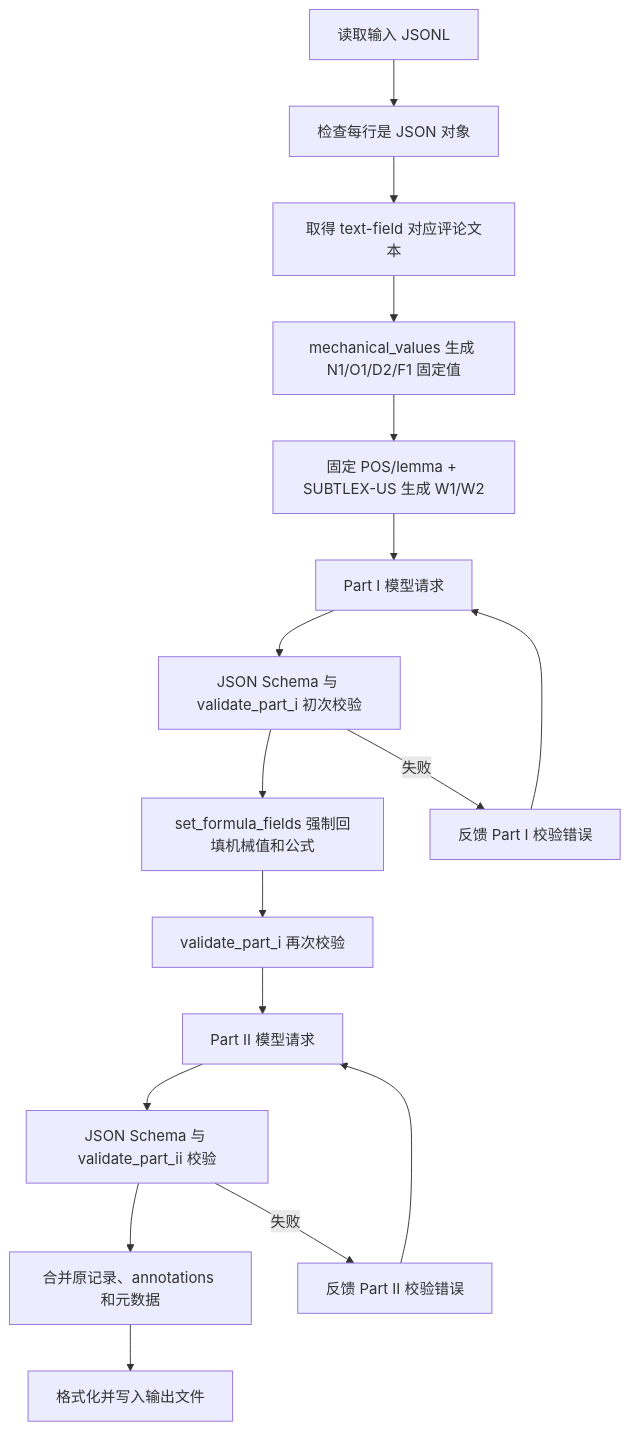
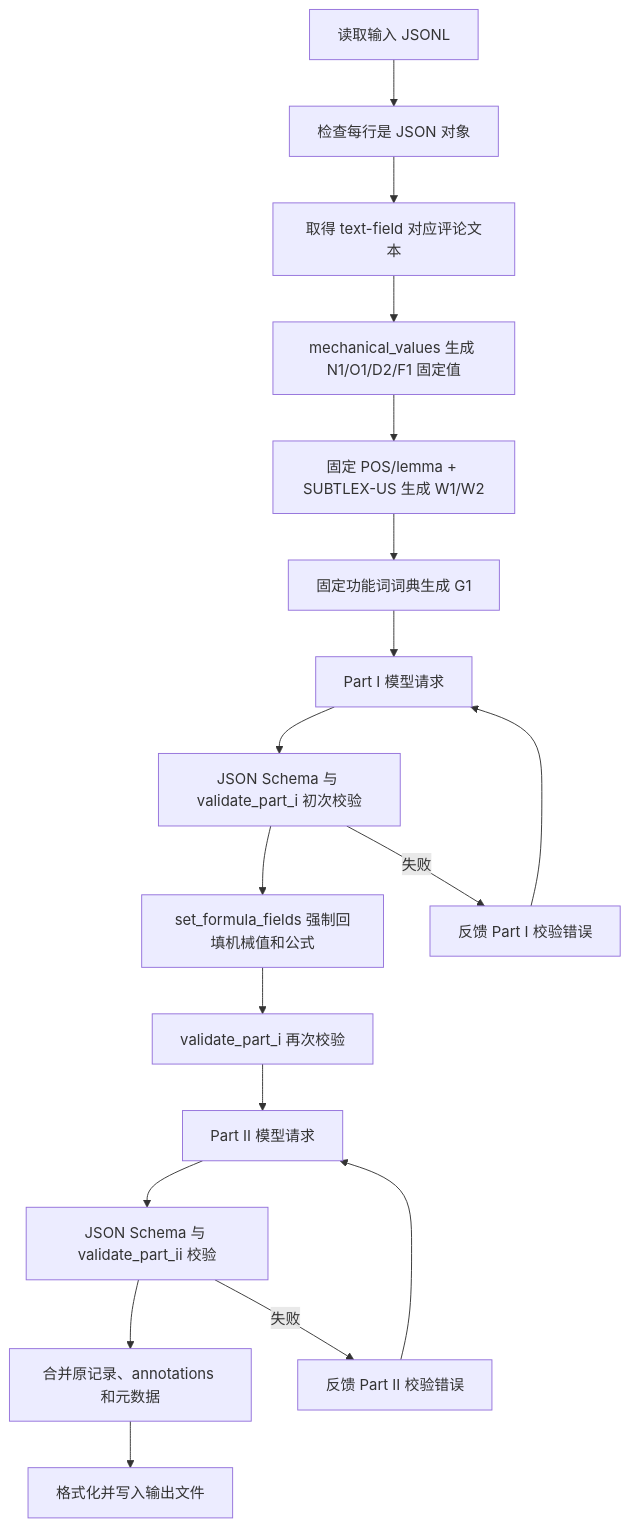
Before and after one commit to qfzhao670/persona-forge: the diagram in doc/annotation_mechanism.md, drawn with Mermaid. The commit also changed other lines of this file and 13 other files, not shown here.

````diff
--- a/doc/annotation_mechanism.md
+++ b/doc/annotation_mechanism.md
@@ -52,20 +53,21 @@
 ```mermaid
 flowchart TD
     A[读取输入 JSONL] --> B[检查每行是 JSON 对象]
     B --> C[取得 text-field 对应评论文本]
     C --> D[mechanical_values 生成 N1/O1/D2/F1 固定值]
     D --> D2[固定 POS/lemma + SUBTLEX-US 生成 W1/W2]
-    D2 --> E[Part I 模型请求]
+    D2 --> D3[固定功能词词典生成 G1]
+    D3 --> E[Part I 模型请求]
     E --> F[JSON Schema 与 validate_part_i 初次校验]
     F --> G[set_formula_fields 强制回填机械值和公式]
     G --> H[validate_part_i 再次校验]
     H --> I[Part II 模型请求]
     I --> J[JSON Schema 与 validate_part_ii 校验]
     J --> K[合并原记录、annotations 和元数据]
     K --> L[格式化并写入输出文件]
 
     F -- 失败 --> M1[反馈 Part I 校验错误]
     M1 --> E
     J -- 失败 --> M2[反馈 Part II 校验错误]
     M2 --> I
 ```
````
